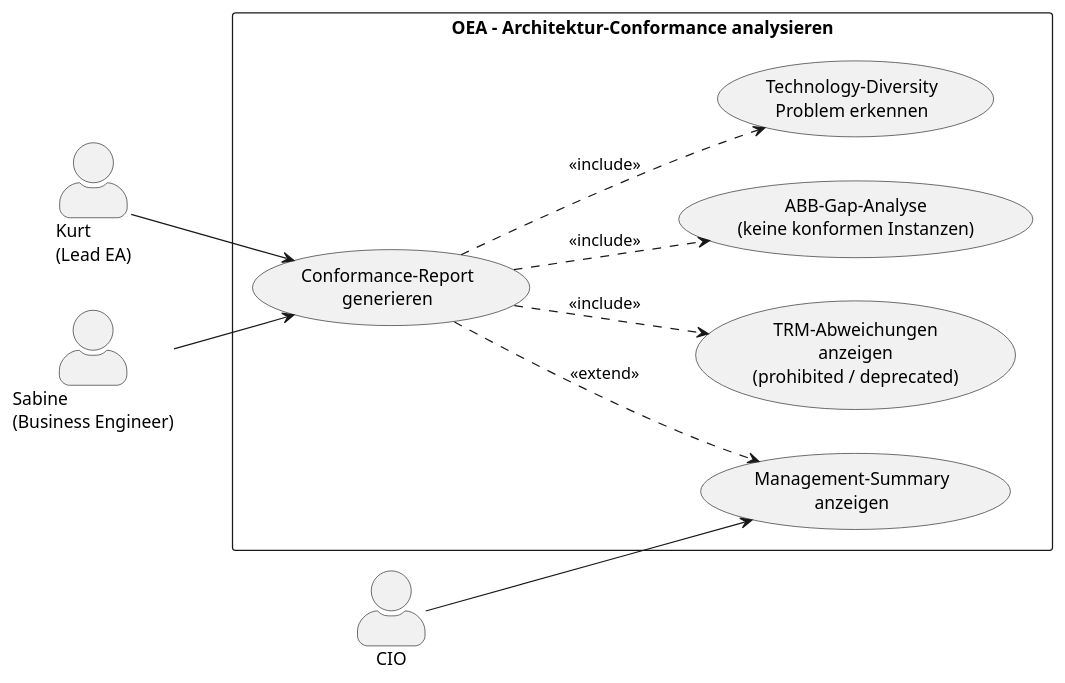
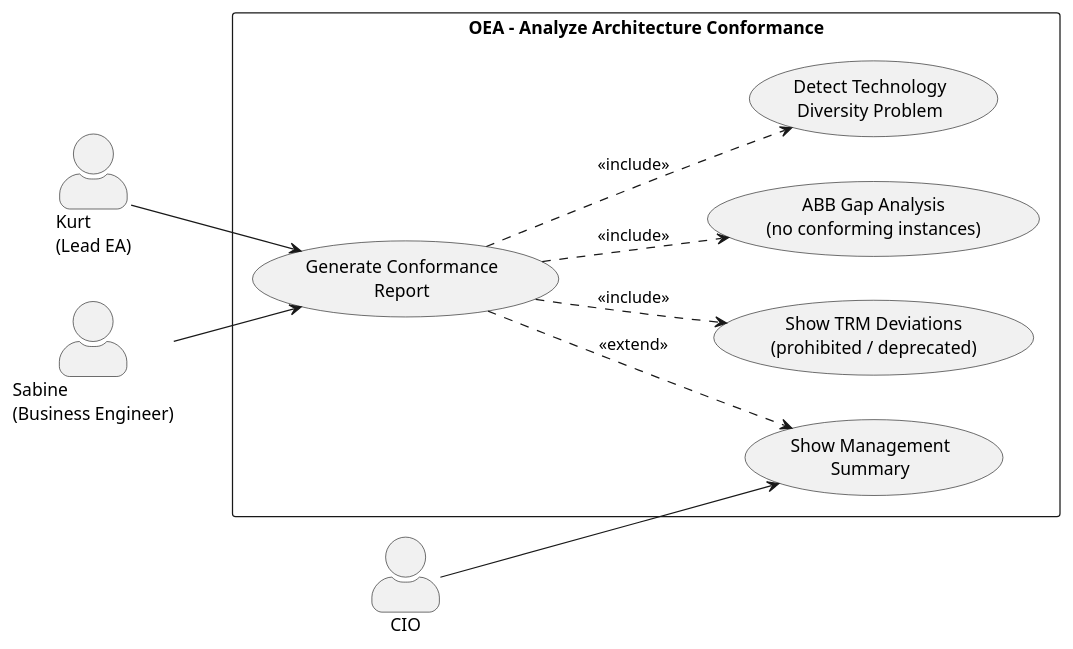
The diagram in requirements/use-cases/UC-20-analyze-continuum-conformance.md (open-enterprise-architecture/OEA), drawn with PlantUML before and after one commit. The commit also changed other lines of this file and 630 other files, not shown here.

````diff
--- a/requirements/use-cases/UC-20-analyze-continuum-conformance.md
+++ b/requirements/use-cases/UC-20-analyze-continuum-conformance.md
@@ -39,27 +39,27 @@
 ```plantuml
 @startuml UC-20-Conformance
 left to right direction
 skinparam actorStyle awesome
 
 actor "Kurt\n(Lead EA)" as Kurt
 actor "CIO" as CIO
 actor "Sabine\n(Business Engineer)" as Sabine
 
-rectangle "OEA – Architektur-Conformance analysieren" {
-  usecase "Conformance-Report\ngenerieren" as UC_Report
-  usecase "TRM-Abweichungen\nanzeigen\n(prohibited / deprecated)" as UC_TRM
-  usecase "ABB-Gap-Analyse\n(keine konformen Instanzen)" as UC_Gap
-  usecase "Technology-Diversity\nProblem erkennen" as UC_Diversity
-  usecase "Management-Summary\nanzeigen" as UC_Summary
+rectangle "OEA – Analyze Architecture Conformance" {
+  usecase "Generate Conformance\nReport" as UC_Report
+  usecase "Show TRM Deviations\n(prohibited / deprecated)" as UC_TRM
+  usecase "ABB Gap Analysis\n(no conforming instances)" as UC_Gap
+  usecase "Detect Technology\nDiversity Problem" as UC_Diversity
+  usecase "Show Management\nSummary" as UC_Summary
 }
 
 Kurt --> UC_Report
 CIO --> UC_Summary
 Sabine --> UC_Report
 
 UC_Report ..> UC_TRM : <<include>>
 UC_Report ..> UC_Gap : <<include>>
 UC_Report ..> UC_Diversity : <<include>>
 UC_Report ..> UC_Summary : <<extend>>
 @enduml
 ```
````
